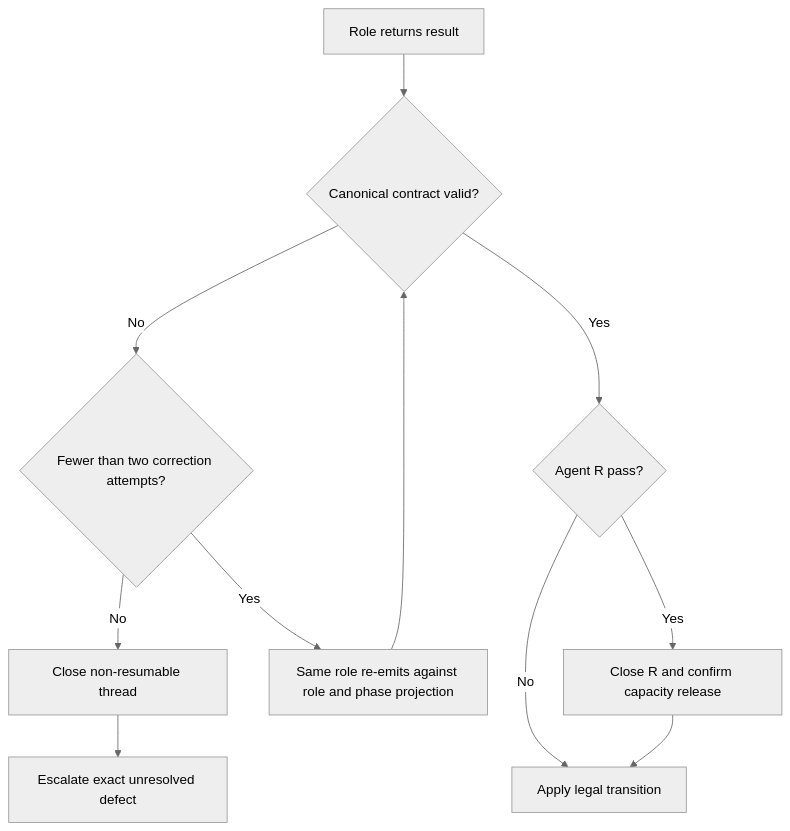
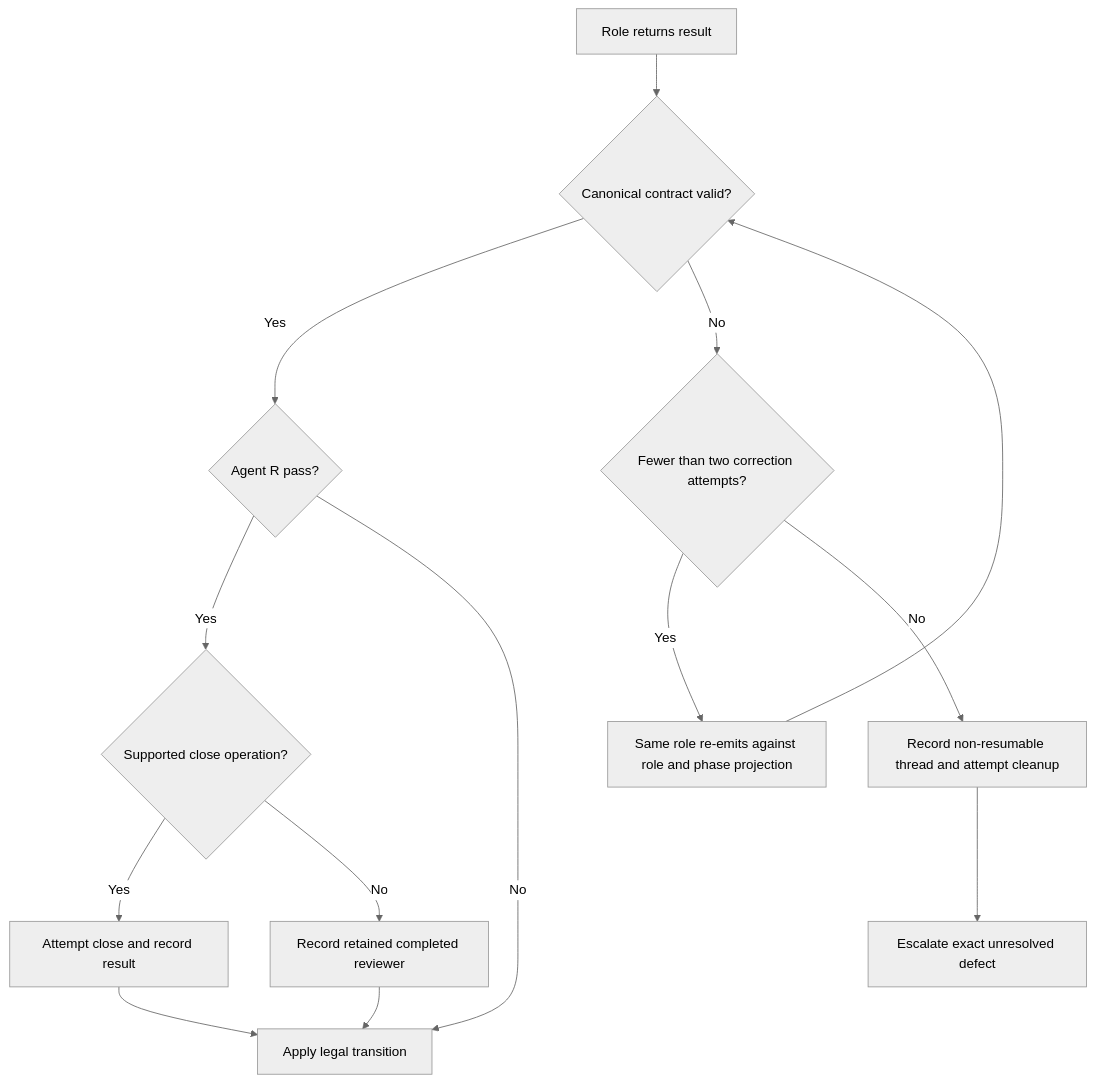
One commit to DudsFerraz/GAM-backend-API changed the diagram in docs/requirements/platform/agent-orchestration-workflow.md. Above: the diagram before and after it, drawn with Mermaid (neutral theme). The commit also changed other lines of this file and 1 other file, not shown here.

First line of the commit message:
docs(agents): adopt fixed-capacity lifecycle fallback

````diff
--- a/docs/requirements/platform/agent-orchestration-workflow.md
+++ b/docs/requirements/platform/agent-orchestration-workflow.md
@@ -416,13 +485,16 @@
 ```mermaid
 flowchart TD
     A[Role returns result] --> B{Canonical contract valid?}
     B -- Yes --> C{Agent R pass?}
-    C -- Yes --> D[Close R and confirm capacity release]
+    C -- Yes --> D{Supported close operation?}
     C -- No --> E[Apply legal transition]
-    D --> E
+    D -- Yes --> J[Attempt close and record result]
+    D -- No --> K[Record retained completed reviewer]
+    J --> E
+    K --> E
     B -- No --> F{Fewer than two correction attempts?}
     F -- Yes --> G[Same role re-emits against role and phase projection]
     G --> B
-    F -- No --> H[Close non-resumable thread]
+    F -- No --> H[Record non-resumable thread and attempt cleanup]
     H --> I[Escalate exact unresolved defect]
 ```
````
